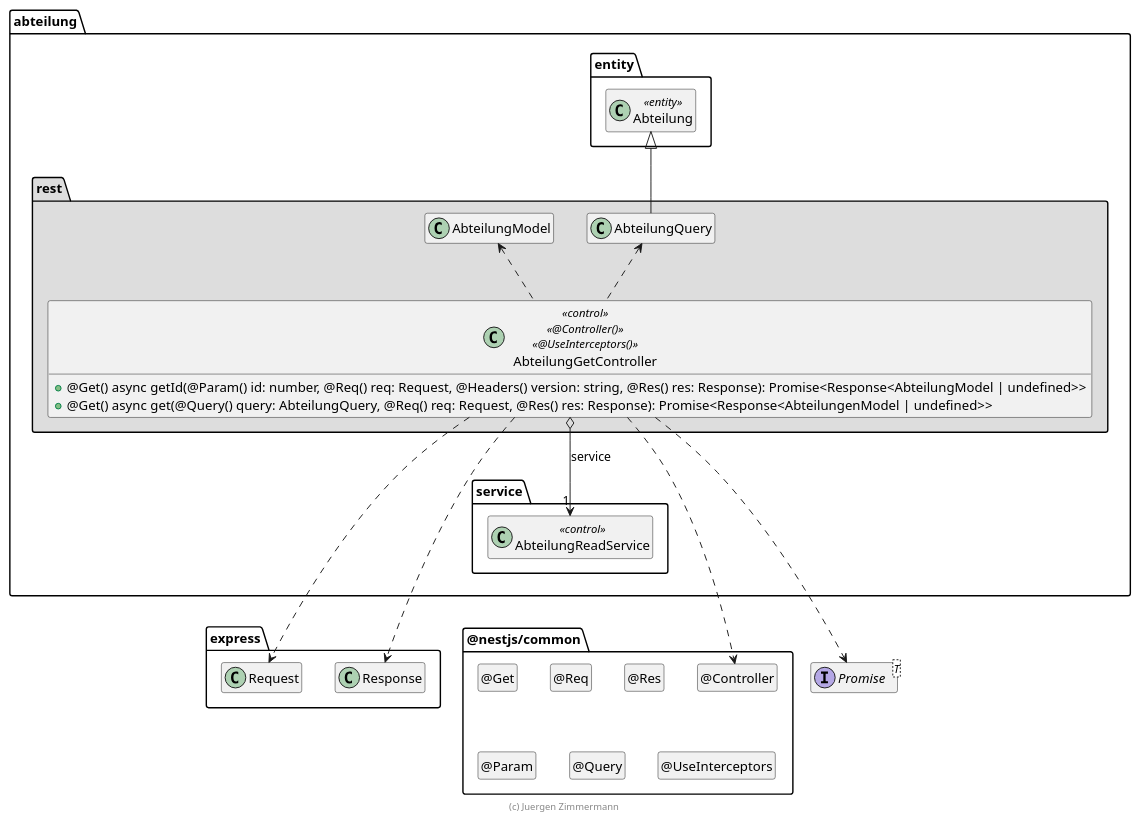
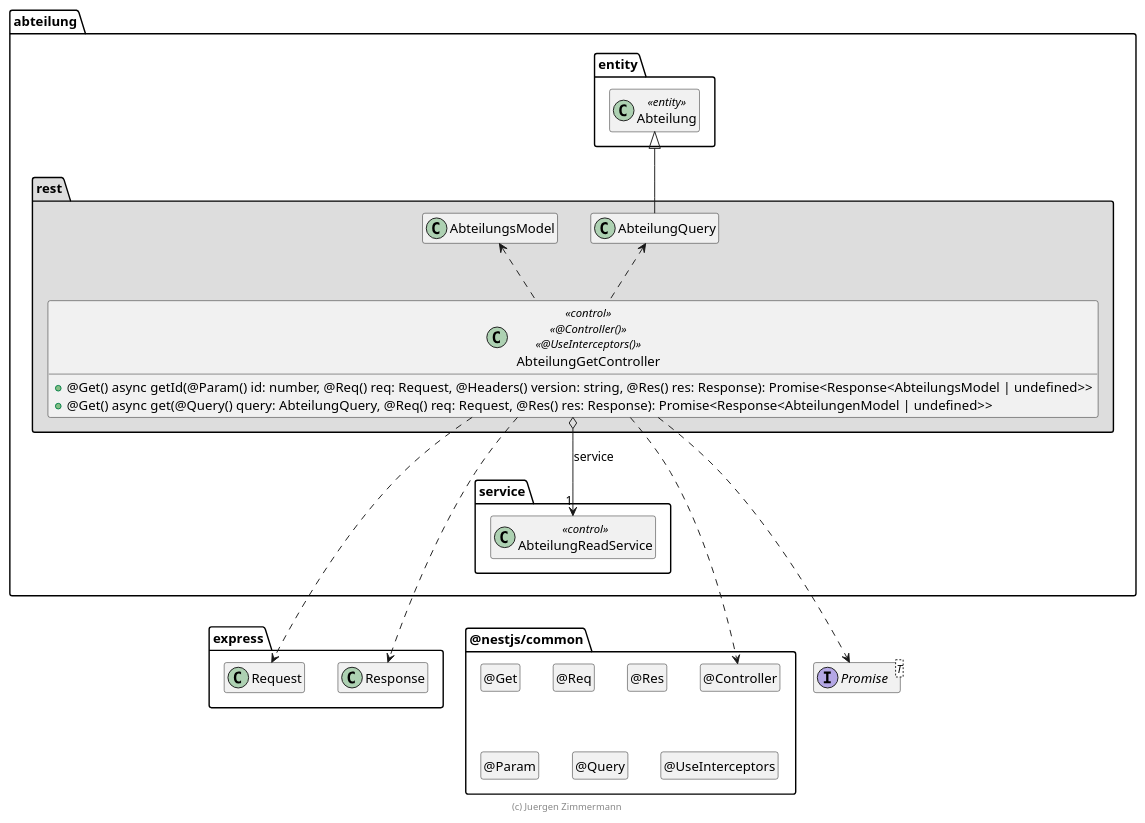
Before and after one commit to Maximw2002/abteilung-test: the diagram in .extras/doc/projekthandbuch/AbteilungGetController.plantuml, drawn with PlantUML. The commit also changed 15 other files, not shown here.

```diff
--- a/.extras/doc/projekthandbuch/AbteilungGetController.plantuml
+++ b/.extras/doc/projekthandbuch/AbteilungGetController.plantuml
@@ -18,74 +18,74 @@
 @startuml Controller-Klasse
 
 interface Promise<T>
 
 package @nestjs/common {
   class "@Controller" as Controller
   hide Controller circle
 
   class "@Get" as Get
   hide Get circle
 
   class "@Req" as Req
   hide Req circle
 
   class "@Res" as Res
   hide Res circle
 
   class "@Param" as Param
   hide Param circle
 
   class "@Query" as Query
   hide Query circle
 
   class "@UseInterceptors" as UseInterceptors
   hide UseInterceptors circle
 }
 
 package express {
   class Request
   class Response
 
   Response .[hidden].> Controller
 }
 
 package abteilung {
   package entity #FFFFFF {
     class Abteilung <<entity>>
 
     Abteilung .[hidden].> Promise
     Abteilung .[hidden].> Request
   }
 
   package service {
     class AbteilungReadService << control >>
   }
 
   package rest #DDDDDD {
     AbteilungQuery -up-|> Abteilung
 
     class AbteilungGetController << control >> << @Controller() >> << @UseInterceptors() >> {
-      + @Get() async getId(@Param() id: number, @Req() req: Request, @Headers() version: string, @Res() res: Response): Promise<Response<AbteilungModel | undefined>>
+      + @Get() async getId(@Param() id: number, @Req() req: Request, @Headers() version: string, @Res() res: Response): Promise<Response<AbteilungsModel | undefined>>
       + @Get() async get(@Query() query: AbteilungQuery, @Req() req: Request,  @Res() res: Response): Promise<Response<AbteilungenModel | undefined>>
     }
 
     AbteilungGetController o--> "1" AbteilungReadService : service
 
     AbteilungGetController ..> Controller
     AbteilungGetController ..> Request
     AbteilungGetController ..> Response
     AbteilungGetController ..> Promise
-    AbteilungGetController .up.> AbteilungModel
+    AbteilungGetController .up.> AbteilungsModel
     AbteilungGetController .up.> AbteilungQuery
 
     AbteilungReadService .[hidden].> Request
     AbteilungReadService .[hidden].> Promise
     Response .right[hidden].> Controller
   }
 }
 
 hide empty members
 
 footer (c) Juergen Zimmermann
 
 @enduml
```
